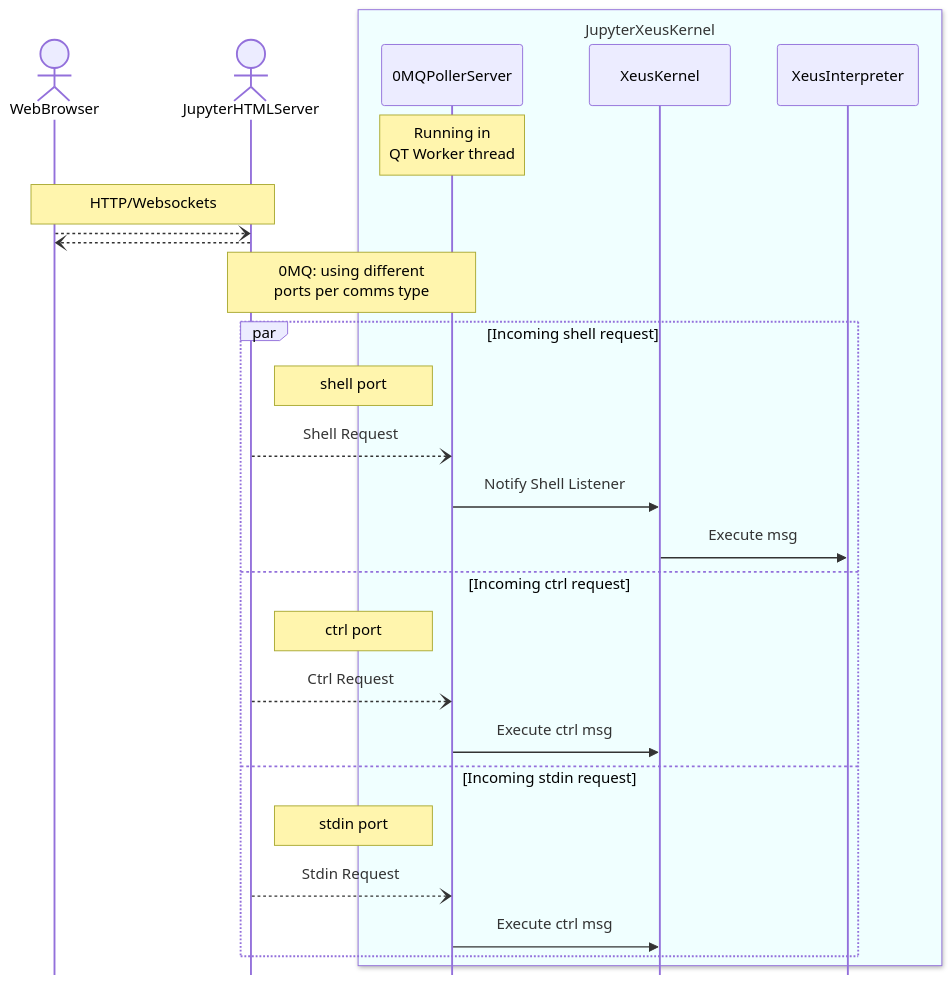
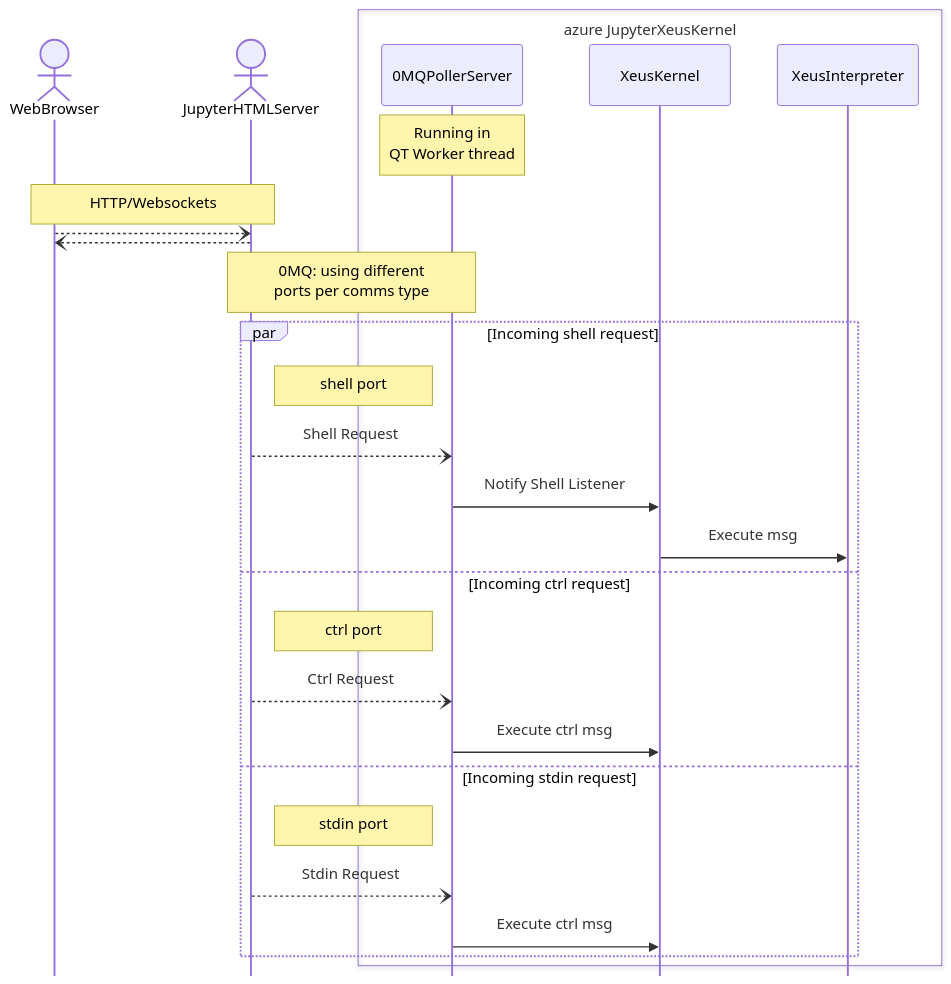
Before and after one commit to ManiVaultStudio/JupyterPlugin: the third of 3 diagrams in README.md, drawn with Mermaid.

````diff
--- a/README.md
+++ b/README.md
@@ -112,40 +112,40 @@
 ```mermaid
 %%{init: {'sequence': {'mirrorActors': false}}}%%
 sequenceDiagram
     %% autonumber
     actor BR as WebBrowser
     actor JHS as JupyterHTMLServer
 
-    box azure JupyterXeusKernel
+    box transparent azure JupyterXeusKernel
     participant 0PS as 0MQPollerServer
 
     participant XK as XeusKernel
     participant XI as XeusInterpreter
     end
 
     Note over 0PS: Running in <br> QT Worker thread
 
     Note over BR,JHS: HTTP/Websockets
     BR--)JHS: 
     JHS--)BR:  
 
 
 
     Note over JHS,0PS: 0MQ: using different <br> ports per comms type
 
     par Incoming shell request
         note right of JHS: shell port 
         JHS--)0PS: Shell Request
         0PS->>XK: Notify Shell Listener
         XK->>XI: Execute msg
     and Incoming ctrl request
         note right of JHS: ctrl port 
         JHS--)0PS: Ctrl Request
         0PS->>XK: Execute ctrl msg
     and Incoming stdin request
         note right of JHS: stdin port 
         JHS--)0PS: Stdin Request
         0PS->>XK: Execute ctrl msg
     end
 
 ```
````
